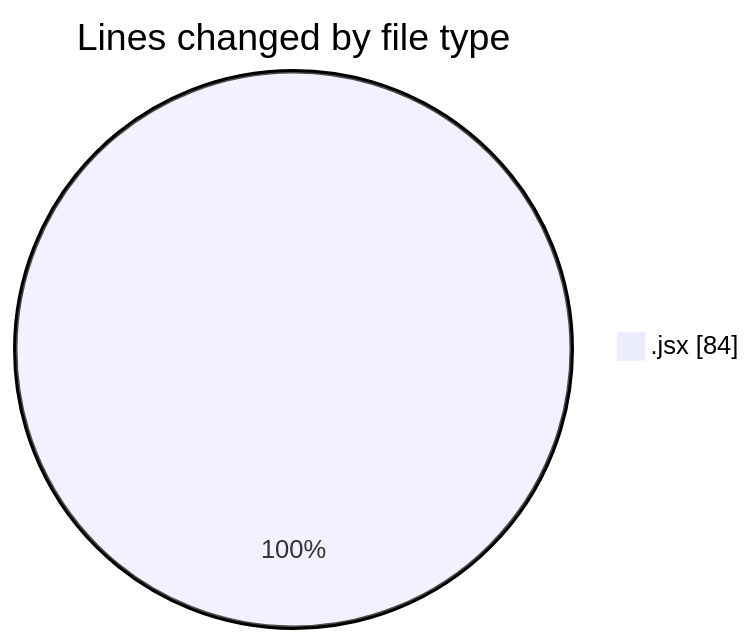
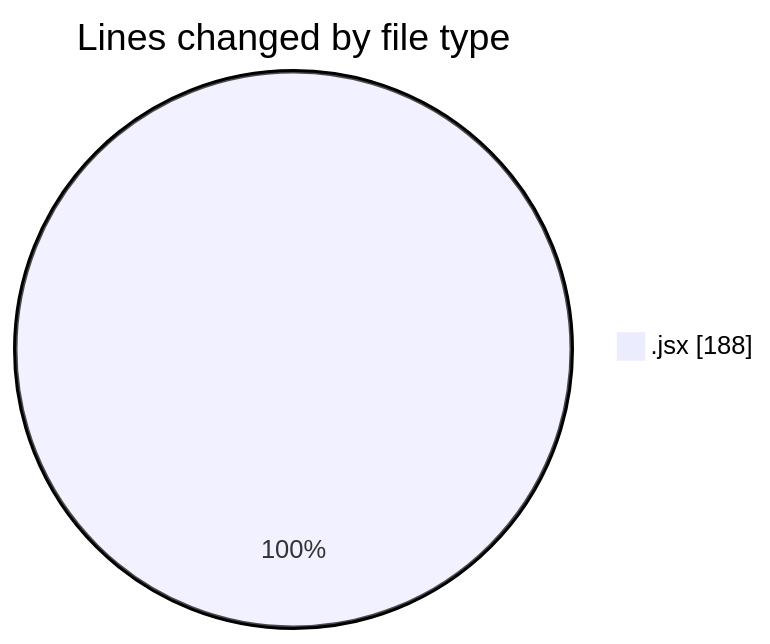
The first of 2 diagrams in 2025-03-01/react_ecom/README.md (Elitesun/code-tracking), drawn with Mermaid before and after one commit. The commit also changed other lines of this file and 1 other file, not shown here.

````diff
--- a/2025-03-01/react_ecom/README.md
+++ b/2025-03-01/react_ecom/README.md
@@ -20,5 +22,5 @@
 ```mermaid
 pie showData
 title Lines changed by file type
-".jsx" : 84
+".jsx" : 188
 ```
````
